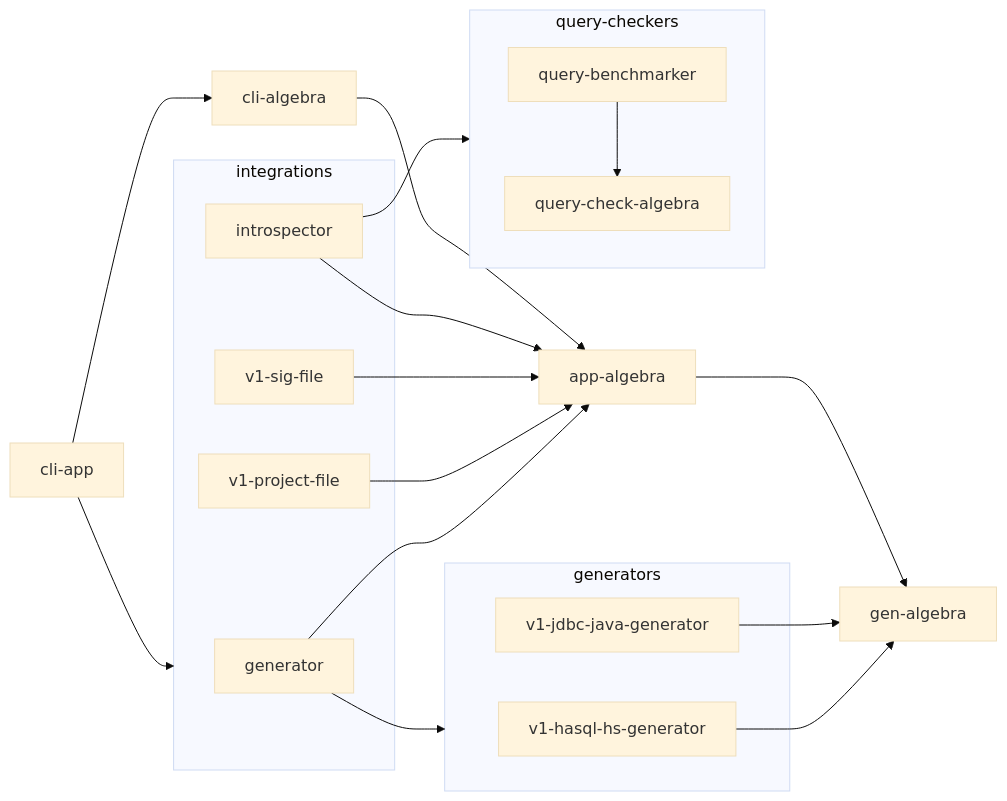
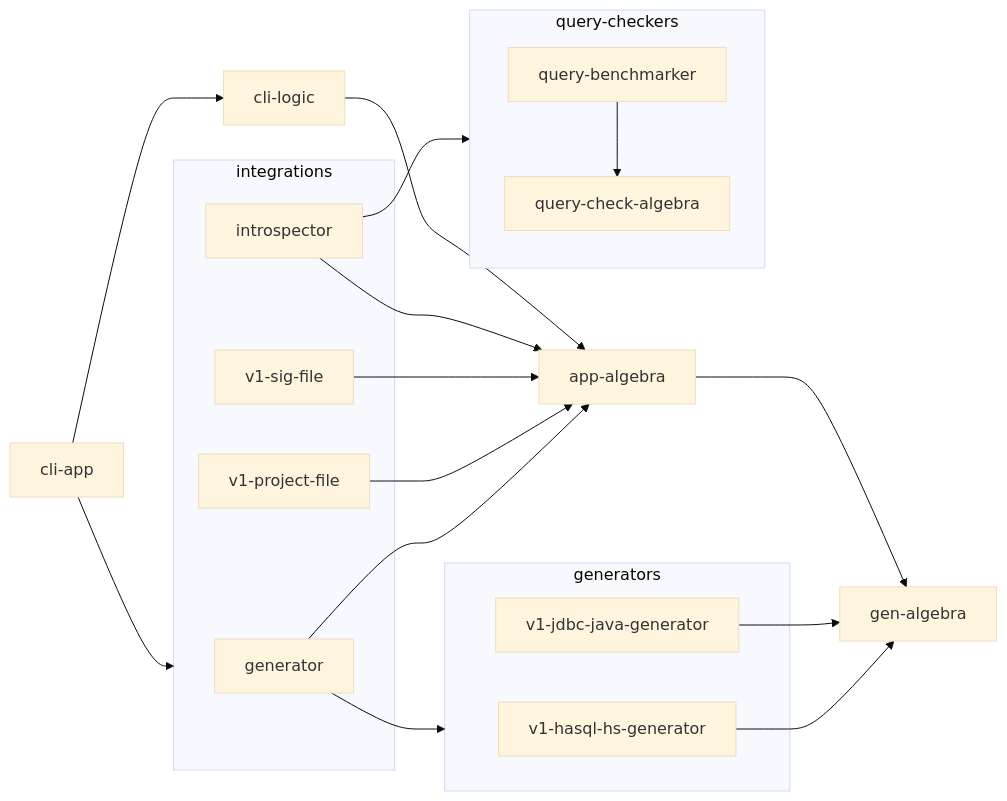
Before and after one commit to pgenie-io/pgenie: the diagram in design/lib-deps.mmd, drawn with Mermaid (base theme). The commit also changed 5 other files, not shown here.

Commit message:
Introduce cli-logic and encapsulate cli-algebra in it

```diff
--- a/design/lib-deps.mmd
+++ b/design/lib-deps.mmd
@@ -1,32 +1,32 @@
 flowchart LR
 
 cli-app --> integrations
 generator --> generators
 generator --> app-algebra
 v1-project-file --> app-algebra
 v1-hasql-hs-generator --> gen-algebra
 v1-jdbc-java-generator --> gen-algebra
 app-algebra --> gen-algebra
 v1-sig-file --> app-algebra
 introspector --> app-algebra
-cli-algebra --> app-algebra
-cli-app --> cli-algebra
+cli-logic --> app-algebra
+cli-app --> cli-logic
 query-benchmarker --> query-check-algebra
 introspector --> query-checkers
 
 subgraph generators
   v1-hasql-hs-generator
   v1-jdbc-java-generator
 end
 
 subgraph integrations
   generator
   introspector
   v1-sig-file
   v1-project-file
 end
 
 subgraph query-checkers
   query-check-algebra
   query-benchmarker
 end
```
